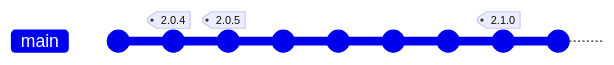
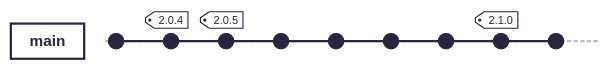
One commit to abilandz/NAT3054 changed the tenth of 24 diagrams in src/git.md. Above: the diagram before and after it, drawn with Mermaid. The commit also changed other lines of this file, not shown here. Commit ids are hidden.

Commit message:
switch to redux-color theme in gitGraphs, for better visibility in MkDocs

````diff
--- a/src/git.md
+++ b/src/git.md
@@ -414,12 +430,15 @@
 ```mermaid
+%%{init: {
+  'theme': 'redux-color'
+}}%%
 gitGraph
    commit
    commit id: "" tag: "2.0.4"
    commit id: "" tag: "2.0.5"
    commit
    commit
    commit
    commit
    commit id: "" tag: "2.1.0"
    commit
 ```
````
